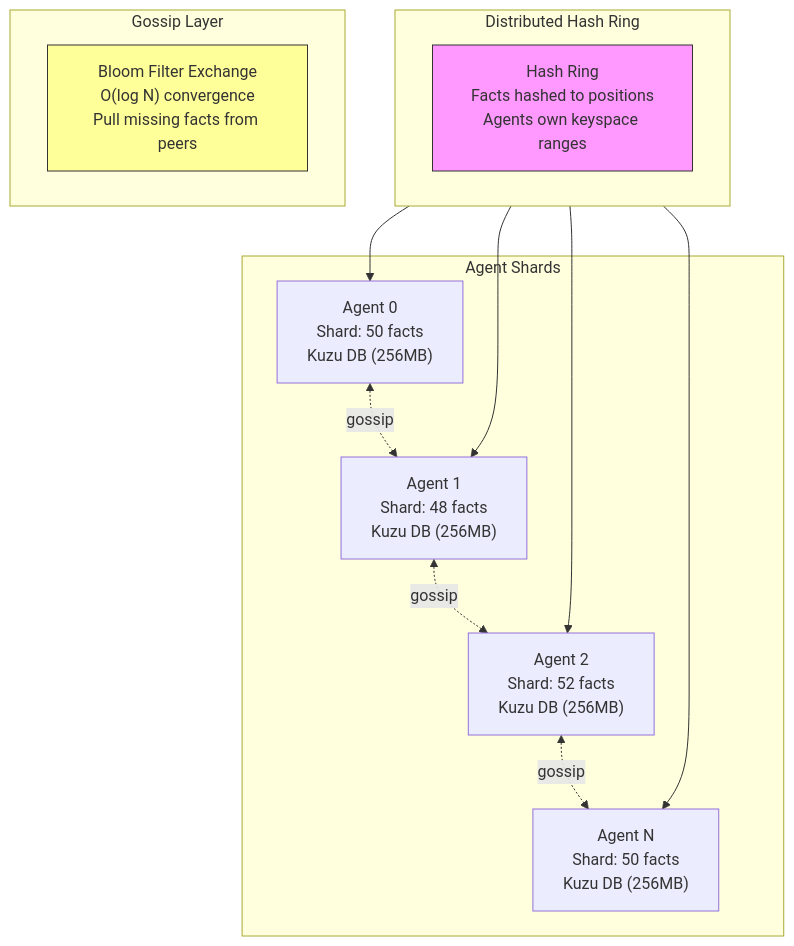
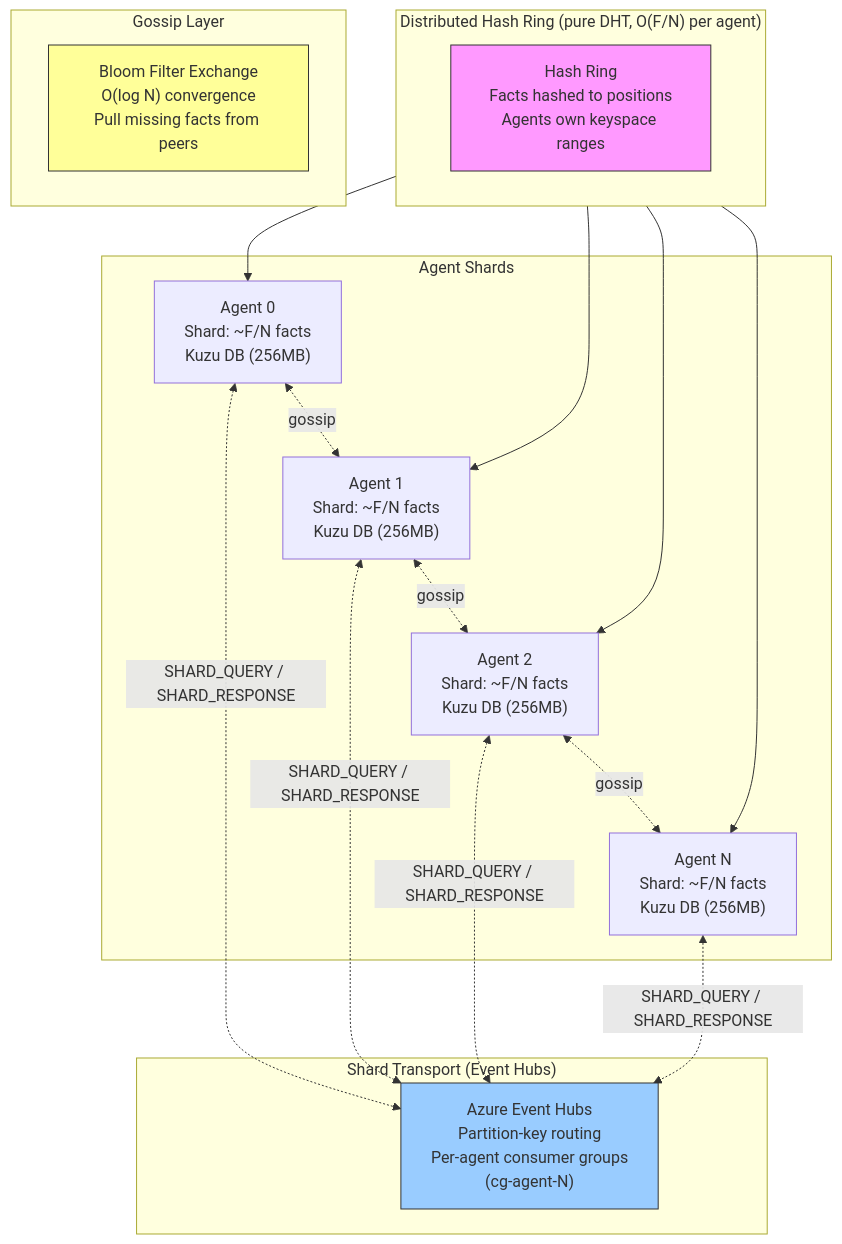
One commit to rysweet/amplihack changed the first of 4 diagrams in docs/distributed_hive_mind.md. Above: the diagram before and after it, drawn with Mermaid. The commit also changed other lines of this file, not shown here.

First line of the commit message:
docs(hive): update distributed_hive_mind.md for Event Hubs + CognitiveAdapter architecture

````diff
--- a/docs/distributed_hive_mind.md
+++ b/docs/distributed_hive_mind.md
@@ -9,29 +9,38 @@
 ```mermaid
 graph TB
-    subgraph "Distributed Hash Ring"
+    subgraph "Distributed Hash Ring (pure DHT, O(F/N) per agent)"
         direction LR
         R["Hash Ring<br/>Facts hashed to positions<br/>Agents own keyspace ranges"]
     end
 
     subgraph "Agent Shards"
-        A0["Agent 0<br/>Shard: 50 facts<br/>Kuzu DB (256MB)"]
-        A1["Agent 1<br/>Shard: 48 facts<br/>Kuzu DB (256MB)"]
-        A2["Agent 2<br/>Shard: 52 facts<br/>Kuzu DB (256MB)"]
-        AN["Agent N<br/>Shard: 50 facts<br/>Kuzu DB (256MB)"]
+        A0["Agent 0<br/>Shard: ~F/N facts<br/>Kuzu DB (256MB)"]
+        A1["Agent 1<br/>Shard: ~F/N facts<br/>Kuzu DB (256MB)"]
+        A2["Agent 2<br/>Shard: ~F/N facts<br/>Kuzu DB (256MB)"]
+        AN["Agent N<br/>Shard: ~F/N facts<br/>Kuzu DB (256MB)"]
+    end
+
+    subgraph "Shard Transport (Event Hubs)"
+        EH["Azure Event Hubs<br/>Partition-key routing<br/>Per-agent consumer groups<br/>(cg-agent-N)"]
     end
 
     subgraph "Gossip Layer"
         G["Bloom Filter Exchange<br/>O(log N) convergence<br/>Pull missing facts from peers"]
     end
 
     R --> A0
     R --> A1
     R --> A2
     R --> AN
+    A0 <-.->|SHARD_QUERY / SHARD_RESPONSE| EH
+    A1 <-.->|SHARD_QUERY / SHARD_RESPONSE| EH
+    A2 <-.->|SHARD_QUERY / SHARD_RESPONSE| EH
+    AN <-.->|SHARD_QUERY / SHARD_RESPONSE| EH
     A0 <-.->|gossip| A1
     A1 <-.->|gossip| A2
     A2 <-.->|gossip| AN
 
     style R fill:#f9f,stroke:#333
     style G fill:#ff9,stroke:#333
+    style EH fill:#9cf,stroke:#333
 ```
````
